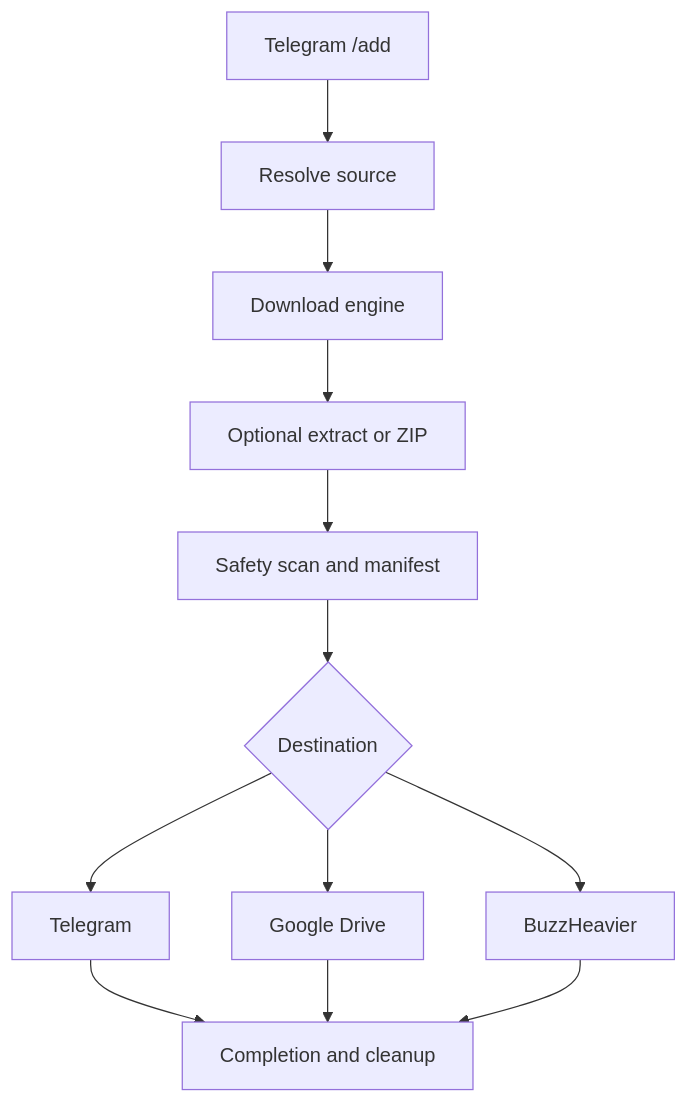
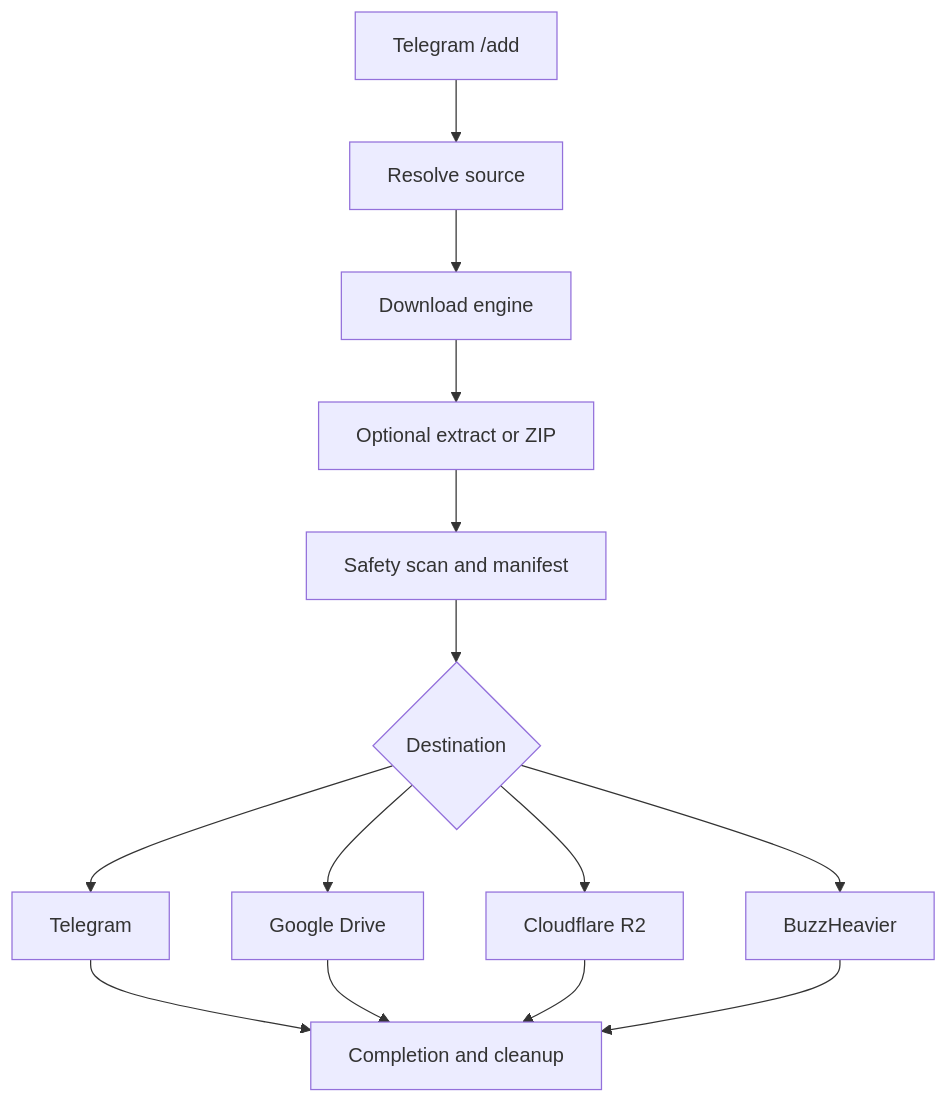
One commit to hitesh920/Mirror-Bot changed the diagram in docs/MIRROR_BOT_TECHNICAL_GUIDE.md. Above: the diagram before and after it, drawn with Mermaid. The commit also changed other lines of this file and 14 other files, not shown here.

````diff
--- a/docs/MIRROR_BOT_TECHNICAL_GUIDE.md
+++ b/docs/MIRROR_BOT_TECHNICAL_GUIDE.md
@@ -27,14 +27,16 @@
 ```mermaid
 flowchart TD
     A["Telegram /add"] --> B["Resolve source"]
     B --> C["Download engine"]
     C --> D["Optional extract or ZIP"]
     D --> E["Safety scan and manifest"]
     E --> F{"Destination"}
     F --> G["Telegram"]
     F --> H["Google Drive"]
-    F --> I["BuzzHeavier"]
+    F --> I["Cloudflare R2"]
+    F --> K["BuzzHeavier"]
     G --> J["Completion and cleanup"]
     H --> J
     I --> J
+    K --> J
 ```
````
